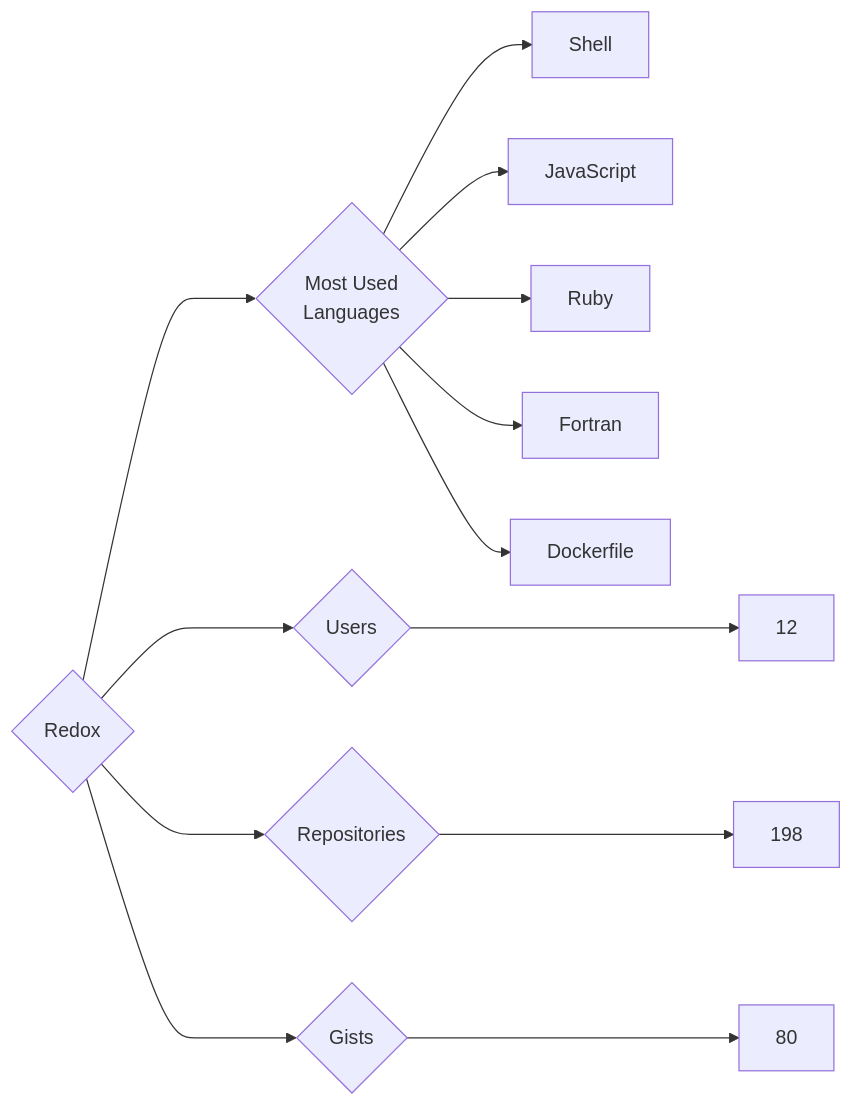
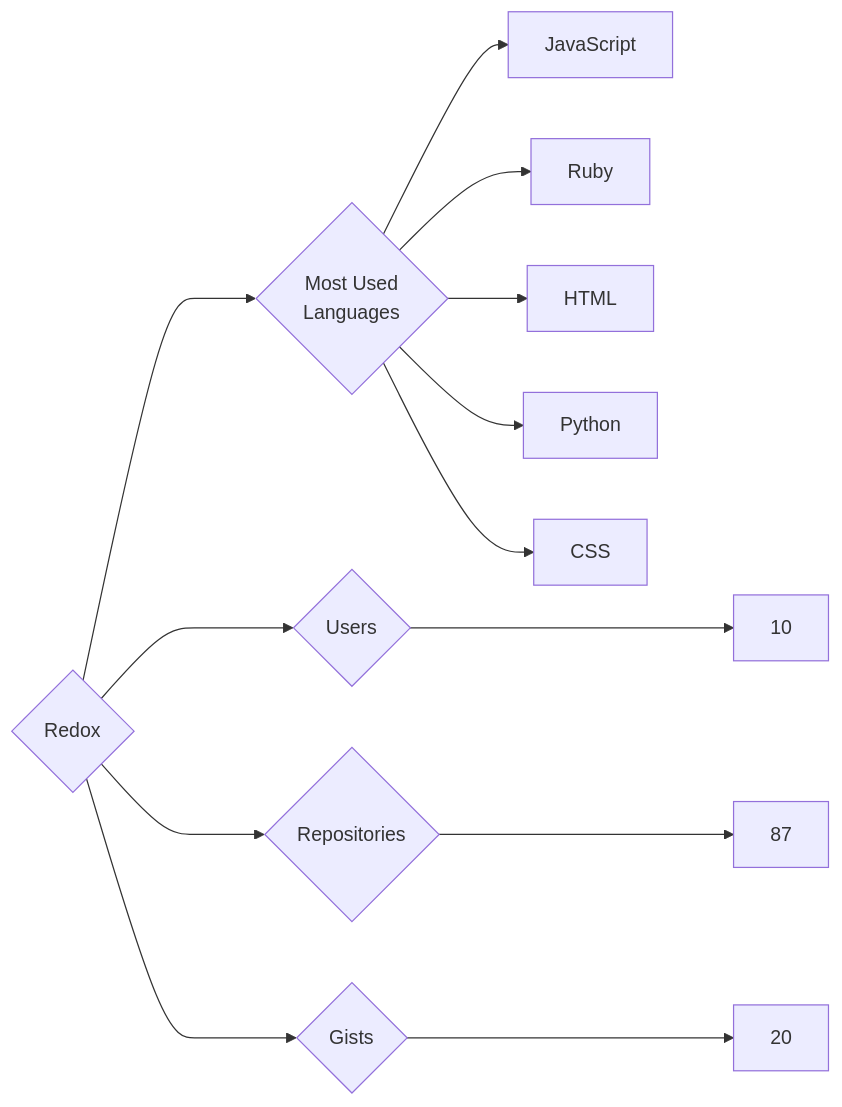
One commit to trickest/insiders changed the diagram in targets/Redox/README.md. Above: the diagram before and after it, drawn with Mermaid. The commit also changed 765 other files, not shown here.

````diff
--- a/targets/Redox/README.md
+++ b/targets/Redox/README.md
@@ -3,13 +3,13 @@
 ```mermaid
 graph LR
 COMPANY_NAME{Redox}
-COMPANY_NAME ---> U{Users} ---> UN[12]
-COMPANY_NAME ---> R{Repositories} ---> RN[198]
-COMPANY_NAME ---> G{Gists} ---> GN[80]
+COMPANY_NAME ---> U{Users} ---> UN[10]
+COMPANY_NAME ---> R{Repositories} ---> RN[87]
+COMPANY_NAME ---> G{Gists} ---> GN[20]
 COMPANY_NAME ---> ML{Most Used<br>Languages}
-ML --> Shell[Shell]
 ML --> JavaScript[JavaScript]
 ML --> Ruby[Ruby]
-ML --> Fortran[Fortran]
-ML --> Dockerfile[Dockerfile]
+ML --> HTML[HTML]
+ML --> Python[Python]
+ML --> CSS[CSS]
 ```
````
